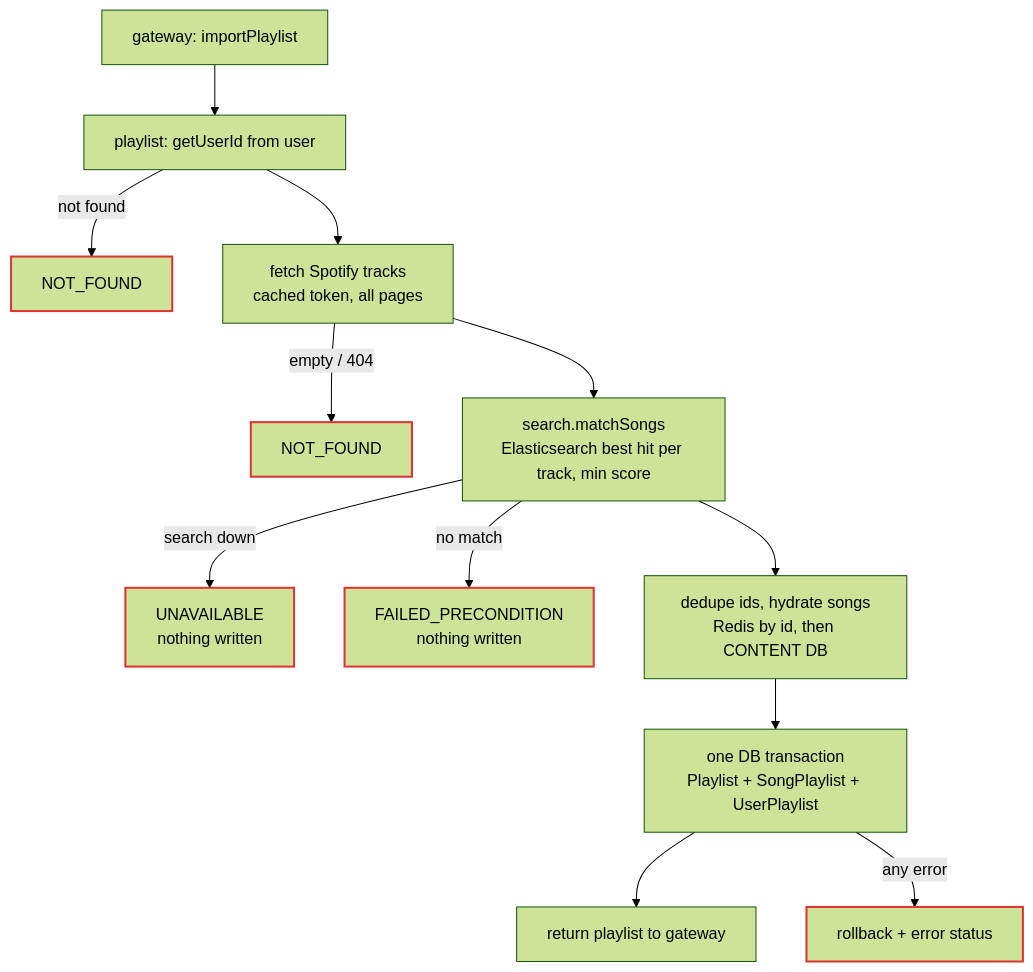
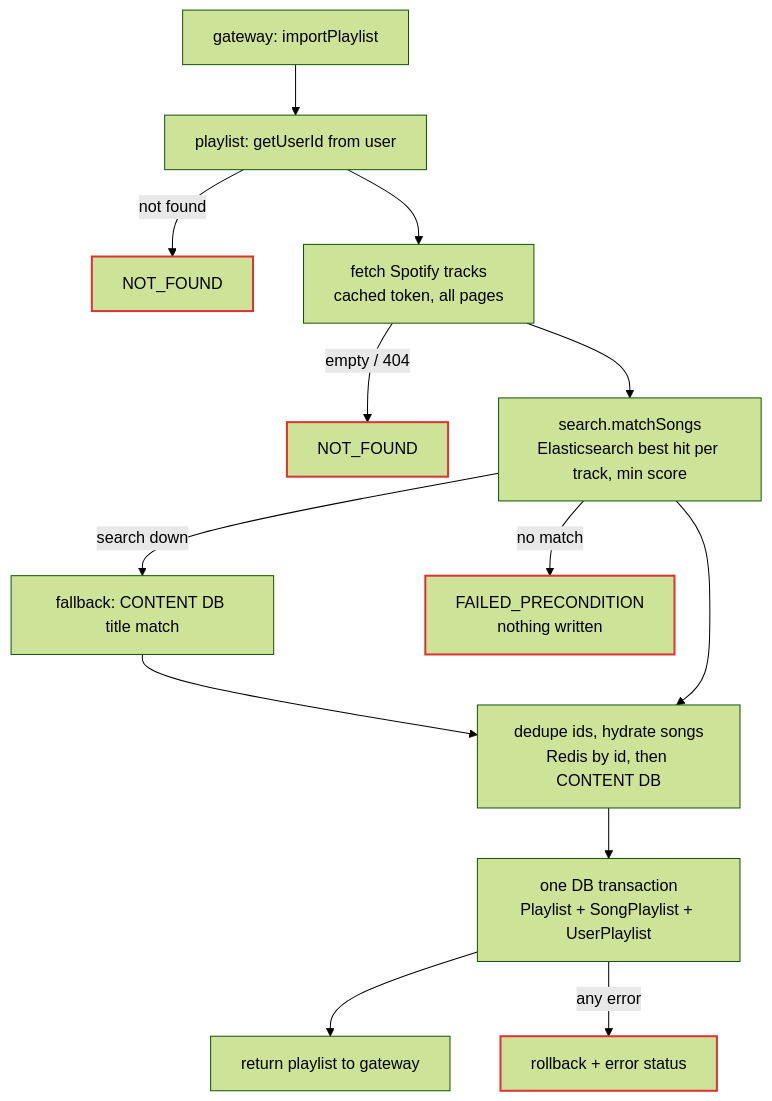
The third of 3 diagrams in time-capsule/migration/playlist-service-migration.md (POULASTAAdAS/Kyoku), drawn with Mermaid (forest theme) before and after one commit. The commit also changed other lines of this file and 43 other files, not shown here.

````diff
--- a/time-capsule/migration/playlist-service-migration.md
+++ b/time-capsule/migration/playlist-service-migration.md
@@ -88,17 +88,18 @@
 ```mermaid
 flowchart TD
     A[gateway: importPlaylist] --> B[playlist: getUserId from user]
     B -->|not found| X1[NOT_FOUND]
     B --> C[fetch Spotify tracks<br/>cached token, all pages]
     C -->|empty / 404| X2[NOT_FOUND]
     C --> D[search.matchSongs<br/>Elasticsearch best hit per track, min score]
-    D -->|search down| X5[UNAVAILABLE<br/>nothing written]
+    D -->|search down| DB[fallback: CONTENT DB title match]
+    DB --> H
     D -->|no match| X3[FAILED_PRECONDITION<br/>nothing written]
     D --> H[dedupe ids, hydrate songs<br/>Redis by id, then CONTENT DB]
     H --> E[one DB transaction<br/>Playlist + SongPlaylist + UserPlaylist]
     E --> F[return playlist to gateway]
     E -->|any error| X4[rollback + error status]
 
     classDef err stroke:#d33,stroke-width:2px;
-    class X1,X2,X3,X4,X5 err;
+    class X1,X2,X3,X4 err;
 ```
````
